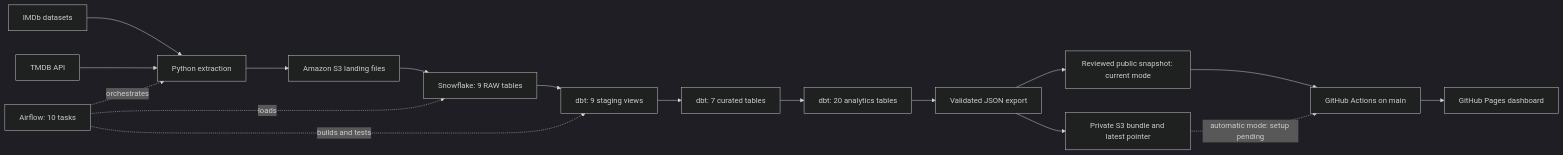
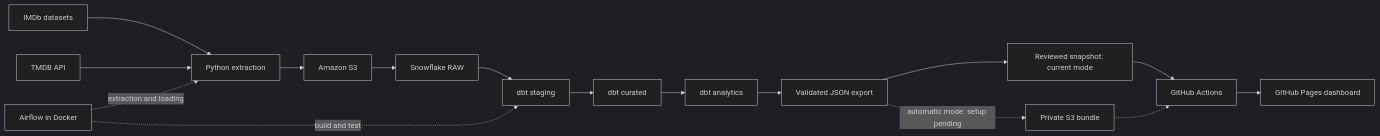
The diagram in README.md (ishuapurva1996/movie-analytics-pipeline), drawn with Mermaid (dark theme) before and after one commit. The commit also changed other lines of this file, not shown here.

````diff
--- a/README.md
+++ b/README.md
@@ -23,19 +44,18 @@
 ```mermaid
 flowchart LR
-    IMDb[IMDb datasets] --> Python[Python extraction]
-    TMDB[TMDB API] --> Python
-    Python --> S3[Amazon S3 landing files]
-    S3 --> RAW[Snowflake: 9 RAW tables]
-    RAW --> Staging[dbt: 9 staging views]
-    Staging --> Curated[dbt: 7 curated tables]
-    Curated --> Marts[dbt: 20 analytics tables]
-    Airflow[Airflow: 10 tasks] -. orchestrates .-> Python
-    Airflow -. loads .-> RAW
-    Airflow -. builds and tests .-> Staging
-    Marts --> Export[Validated JSON export]
-    Export --> Snapshot[Reviewed public snapshot: current mode]
-    Snapshot --> Actions
-    Export --> Private[Private S3 bundle and latest pointer]
-    Private -. automatic mode: setup pending .-> Actions[GitHub Actions on main]
+    IMDb[IMDb datasets] --> Extract[Python extraction]
+    TMDB[TMDB API] --> Extract
+    Extract --> S3[Amazon S3]
+    S3 --> RAW[Snowflake RAW]
+    RAW --> Staging[dbt staging]
+    Staging --> Curated[dbt curated]
+    Curated --> Analytics[dbt analytics]
+    Analytics --> Export[Validated JSON export]
+    Export --> Snapshot[Reviewed snapshot: current mode]
+    Snapshot --> Actions[GitHub Actions]
     Actions --> Pages[GitHub Pages dashboard]
+    Export -. automatic mode: setup pending .-> Private[Private S3 bundle]
+    Private -.-> Actions
+    Airflow[Airflow in Docker] -. extraction and loading .-> Extract
+    Airflow -. build and test .-> Staging
 ```
````
